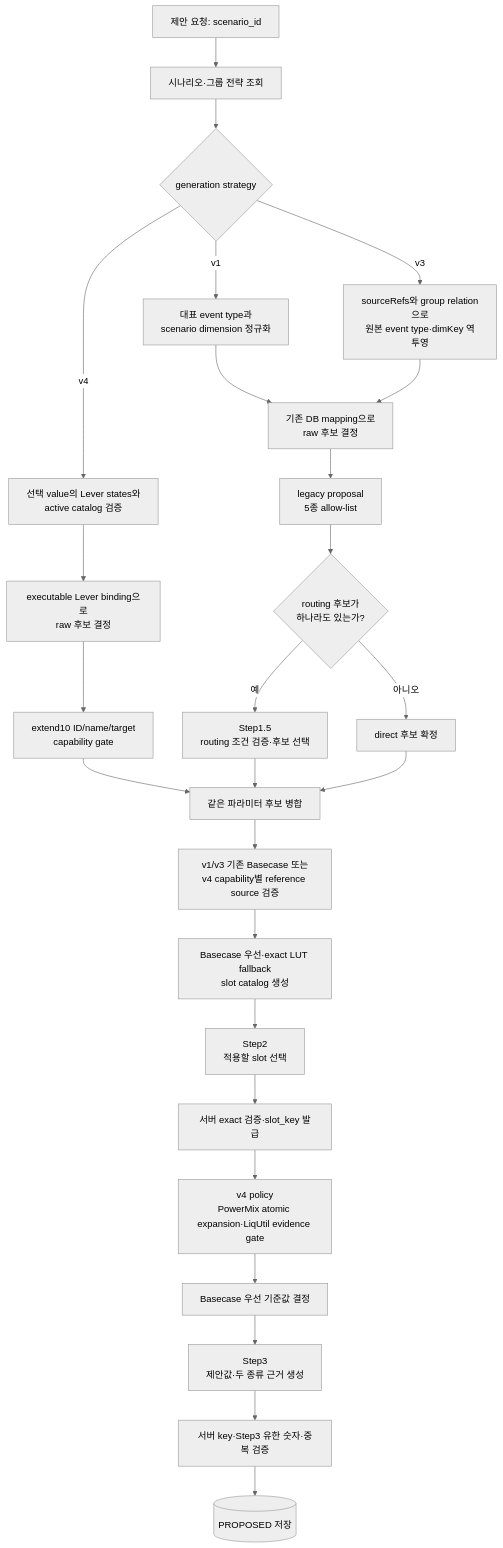
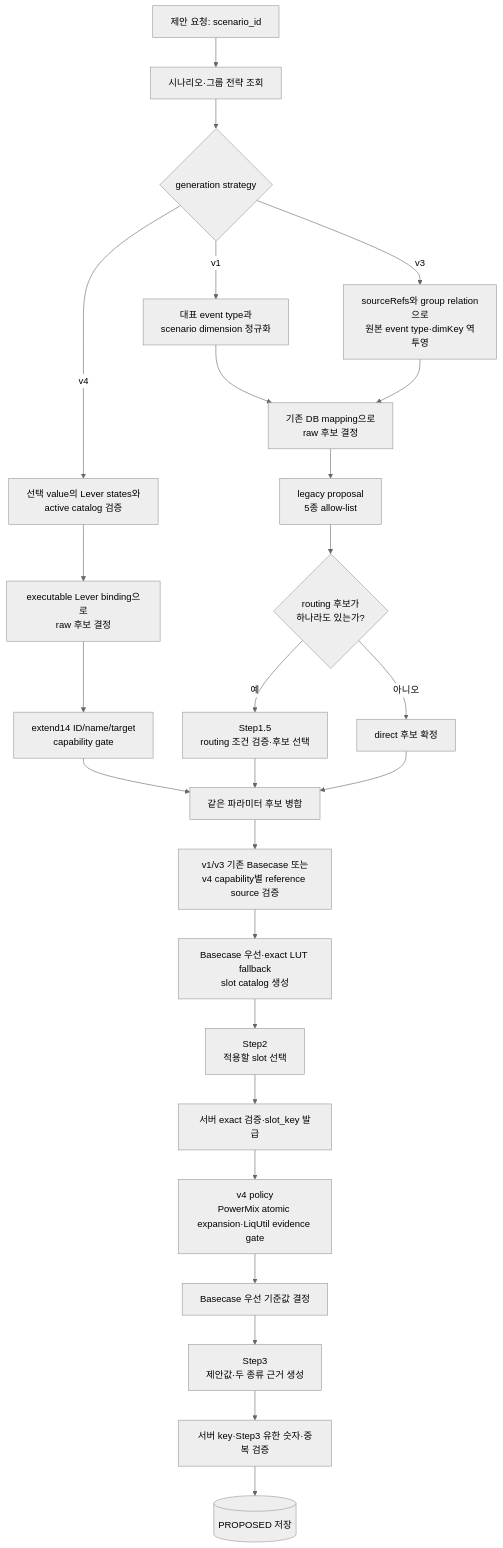
One commit to enkhbaatarL/skmip-mi-agent changed the first of 4 diagrams in docs/agents/model_parameter_agent/04_MODEL_PARAMETER_AGENT_FLOW.md. Above: the diagram before and after it, drawn with Mermaid (neutral theme). The commit also changed other lines of this file and 29 other files, not shown here.

````diff
--- a/docs/agents/model_parameter_agent/04_MODEL_PARAMETER_AGENT_FLOW.md
+++ b/docs/agents/model_parameter_agent/04_MODEL_PARAMETER_AGENT_FLOW.md
@@ -48,28 +48,28 @@
 ```mermaid
 flowchart TD
     A[제안 요청: scenario_id] --> B[시나리오·그룹 전략 조회]
     B --> V{generation strategy}
     V -- v1 --> C1[대표 event type과\nscenario dimension 정규화]
     V -- v3 --> C2[sourceRefs와 group relation으로\n원본 event type·dimKey 역투영]
     V -- v4 --> C3[선택 value의 Lever states와\nactive catalog 검증]
     C1 --> C[기존 DB mapping으로\nraw 후보 결정]
     C2 --> C
     C3 --> C4[executable Lever binding으로\nraw 후보 결정]
     C --> R1[legacy proposal\n5종 allow-list]
-    C4 --> R4[extend10 ID/name/target\ncapability gate]
+    C4 --> R4[extend14 ID/name/target\ncapability gate]
     R1 --> D{routing 후보가<br/>하나라도 있는가?}
     R4 --> G
     D -- 예 --> E[Step1.5<br/>routing 조건 검증·후보 선택]
     D -- 아니오 --> F[direct 후보 확정]
     E --> G[같은 파라미터 후보 병합]
     F --> G
     G --> H[v1/v3 기존 Basecase 또는<br/>v4 capability별 reference source 검증]
     H --> H2[Basecase 우선·exact LUT fallback<br/>slot catalog 생성]
     H2 --> I[Step2<br/>적용할 slot 선택]
     I --> J[서버 exact 검증·slot_key 발급]
     J --> P[v4 policy<br/>PowerMix atomic expansion·LiqUtil evidence gate]
     P --> K[Basecase 우선 기준값 결정]
     K --> L[Step3<br/>제안값·두 종류 근거 생성]
     L --> M[서버 key·Step3 유한 숫자·중복 검증]
     M --> N[(PROPOSED 저장)]
 ```
````
